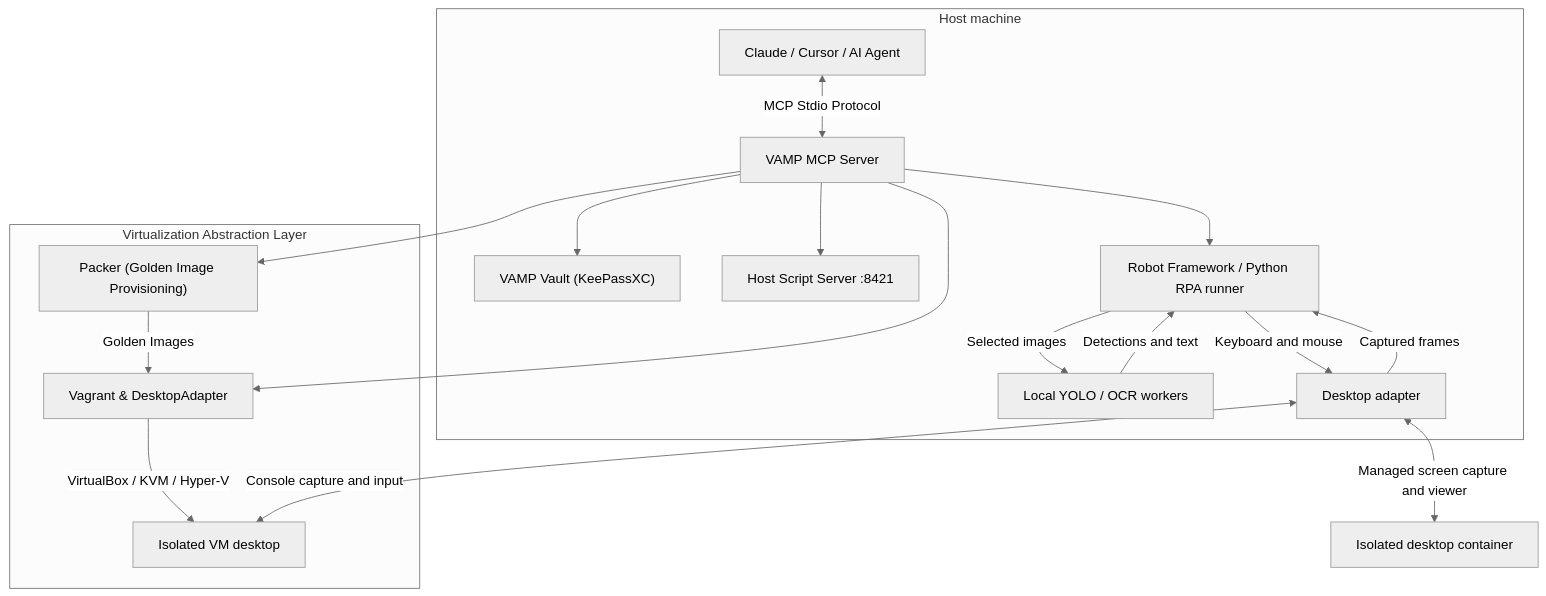
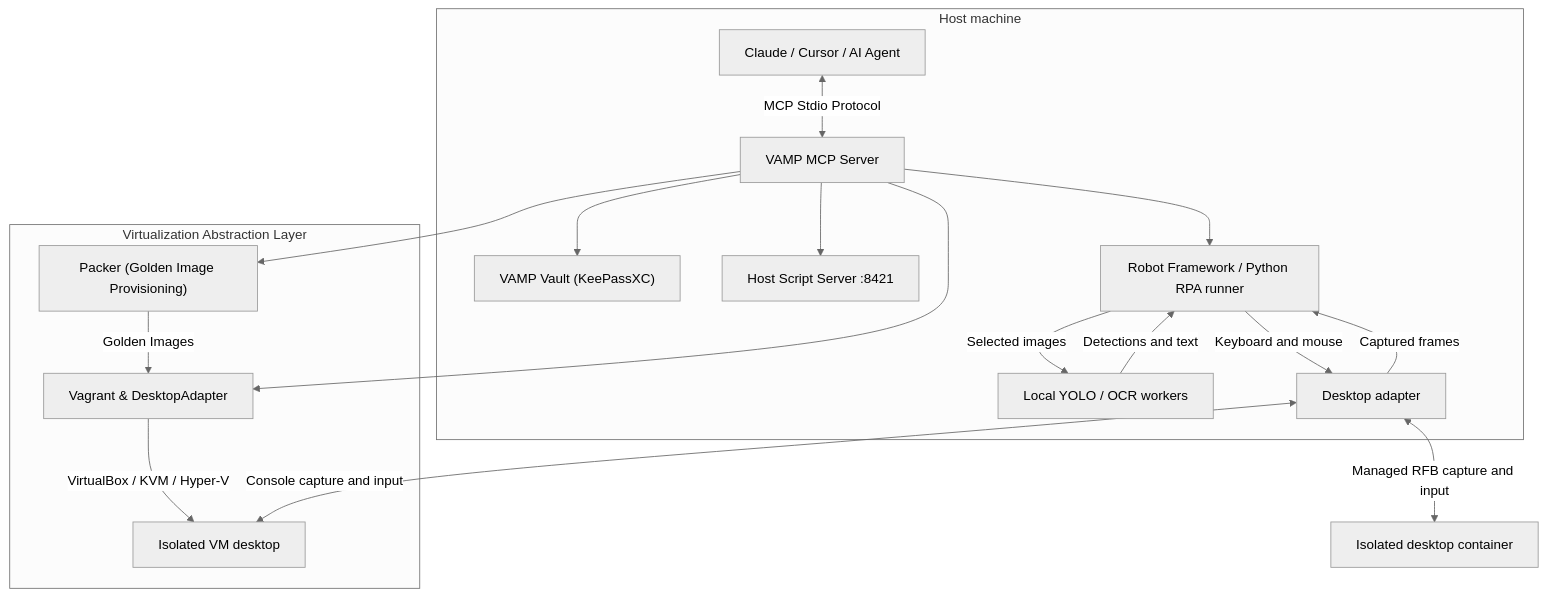
The diagram in README.md (wayfarer6/vamp-mcp), drawn with Mermaid (neutral theme) before and after one commit. The commit also changed 12 other files, not shown here.

````diff
--- a/README.md
+++ b/README.md
@@ -114,35 +114,35 @@
 ```mermaid
 flowchart TD
     subgraph Host ["Host machine"]
         Agent["Claude / Cursor / AI Agent"]
         MCP["VAMP MCP Server"]
         Vault["VAMP Vault (KeePassXC)"]
         HTTP["Host Script Server :8421"]
         RPA["Robot Framework / Python RPA runner"]
         Vision["Local YOLO / OCR workers"]
         Desktop["Desktop adapter"]
 
         Agent <-->|MCP Stdio Protocol| MCP
         MCP --> Vault
         MCP --> HTTP
         MCP --> RPA
         RPA -->|Keyboard and mouse| Desktop
         Desktop -->|Captured frames| RPA
         RPA -->|Selected images| Vision
         Vision -->|Detections and text| RPA
     end
 
     subgraph Infrastructure ["Virtualization Abstraction Layer"]
         Packer["Packer (Golden Image Provisioning)"]
         Vagrant["Vagrant & DesktopAdapter"]
         MCP --> Packer
         MCP --> Vagrant
         Packer -->|Golden Images| Vagrant
         Vagrant -->|VirtualBox / KVM / Hyper-V| VM
     end
 
     VM["Isolated VM desktop"]
     Container["Isolated desktop container"]
     Desktop <-->|Console capture and input| VM
-    Desktop <-->|Managed screen capture and viewer| Container
+    Desktop <-->|Managed RFB capture and input| Container
 ```
````
